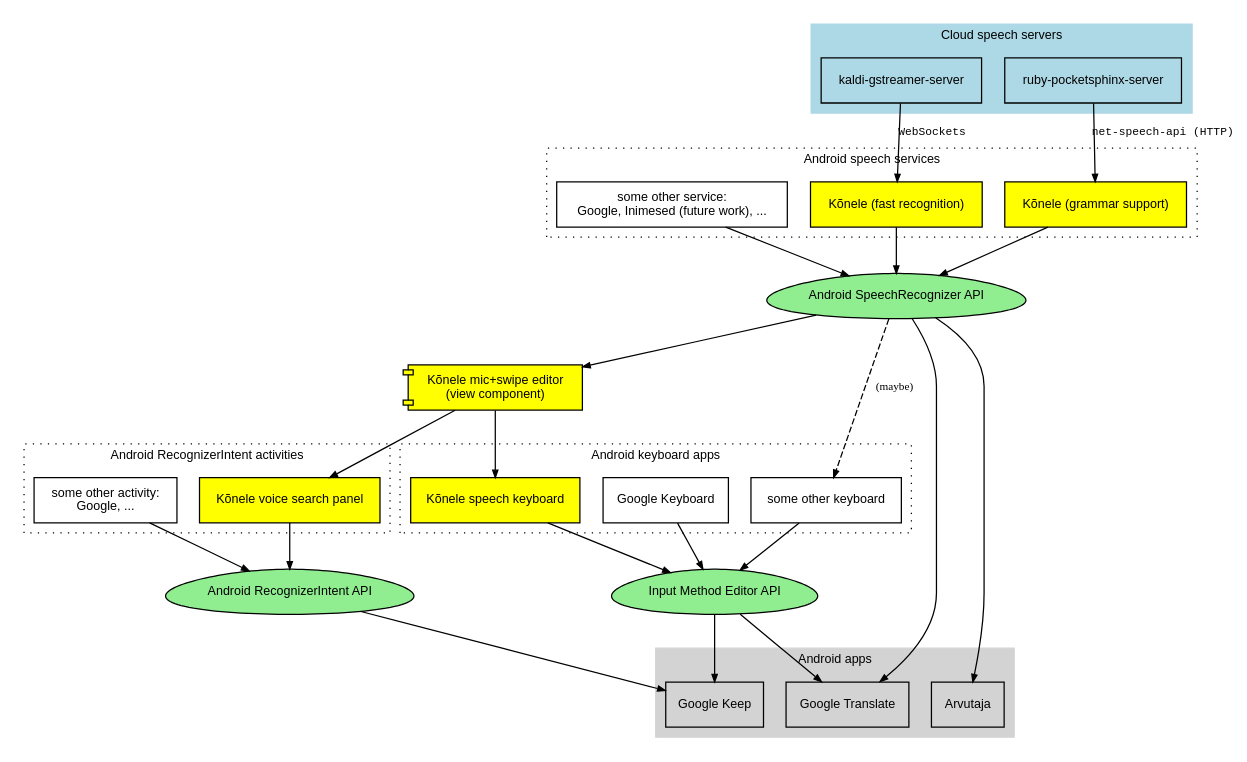
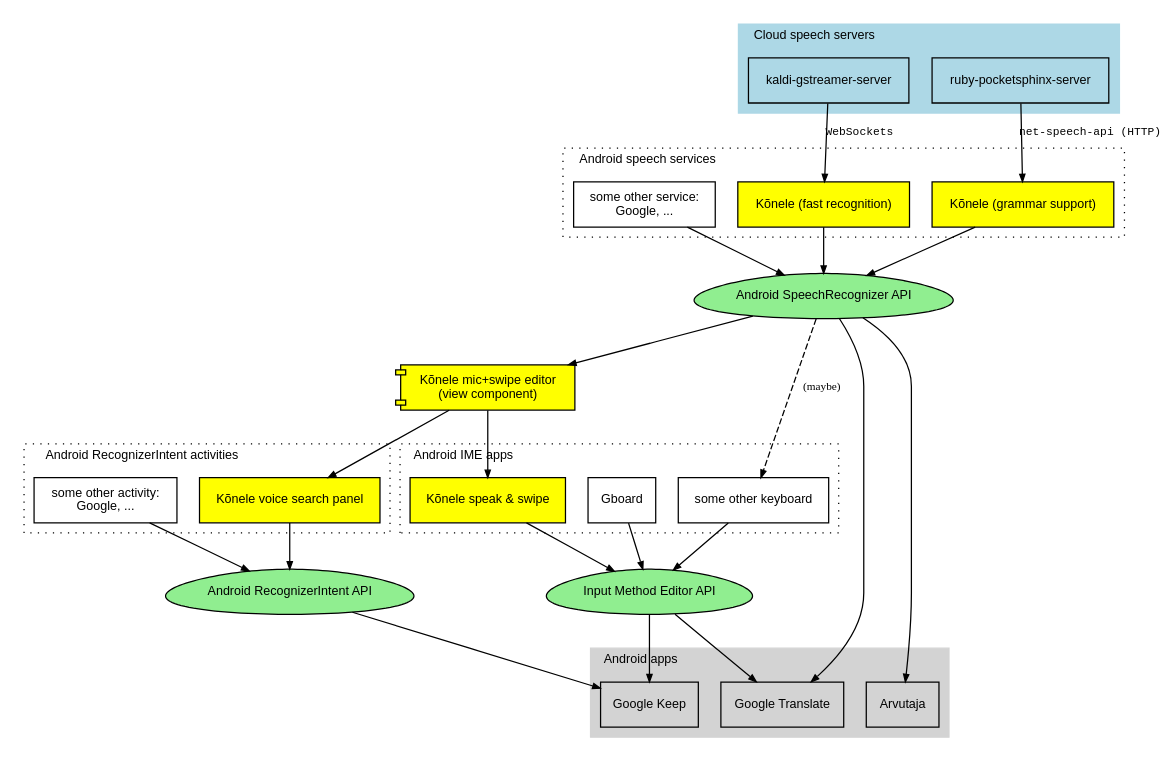
Before and after one commit to Kaljurand/K6nele: the diagram in docs/components.dot, drawn with Graphviz. The commit also changed 1 other file, not shown here.

Commit message:
Update product names in the components diagram

```diff
--- a/docs/components.dot
+++ b/docs/components.dot
@@ -1,84 +1,86 @@
 /**
  *
  * @author Kaarel Kaljurand
  * @version 2015-08-29
  */
 
 digraph G {
 
     graph [style="dotted", fontsize=10 fontname="Helvetica"];
     node [shape="box", fontsize=10 fontname="Helvetica"];
     edge [arrowhead="normal", arrowsize="0.6"];
+    labeljust = "l";
 
     "Kõnele View" [label="Kõnele mic+swipe editor\n(view component)", shape="component", style="filled", fillcolor="yellow"];
 
     subgraph cluster_0 {
         label = "Cloud speech servers";
         style = "filled";
         color = "lightblue";
         "kaldi" [label="kaldi-gstreamer-server"];
         "pocketsphinx" [label="ruby-pocketsphinx-server"];
     }
 
     // Services record audio, send it to the server, and make the transcription
     // available via standard Android APIs.
     // One can configure the server addresses and audio recording parameters
     // (e.g. sample rate, duration, silence detection).
     subgraph cluster_1 {
         label = "Android speech services";
-        "other_service" [label="some other service:\nGoogle, Inimesed (future work), ..."];
+        "other_service" [label="some other service:\nGoogle, ..."];
         "Kõnele fast" [label="Kõnele (fast recognition)", style="filled", fillcolor="yellow"];
         "Kõnele grammar" [label="Kõnele (grammar support)", style="filled", fillcolor="yellow"];
     }
 
     // Android speech and text input APIs
     "Android SpeechRecognizer" [label="Android SpeechRecognizer API", shape="egg", style="filled", fillcolor="lightgreen"];
     "Android RecognizerIntent" [label="Android RecognizerIntent API", shape="egg", style="filled", fillcolor="lightgreen"];
     "IME" [label="Input Method Editor API", shape="egg", style="filled", fillcolor="lightgreen"];
 
     subgraph cluster_2 {
         label = "Android RecognizerIntent activities";
         "other_activity" [label="some other activity:\nGoogle, ..."];
         "panel" [label="Kõnele voice search panel", style="filled", fillcolor="yellow"];
     }
 
     subgraph cluster_3 {
-        label = "Android keyboard apps";
-        "Kõnele IME" [label="Kõnele speech keyboard", style="filled", fillcolor="yellow"];
-        "Google Keyboard" [label="Google Keyboard"];
+        label = "Android IME apps";
+        "Kõnele IME" [label="Kõnele speak & swipe", style="filled", fillcolor="yellow"];
+        "Gboard" [label="Gboard"];
         "other_ime" [label="some other keyboard"];
     }
 
     subgraph cluster_4 {
         label = "Android apps";
         style = "filled";
         color = "lightgrey";
         "Google Keep";
         "Google Translate";
         "Arvutaja";
     }
 
     "kaldi" -> "Kõnele fast" [label="WebSockets", fontsize=9, fontname="monospace"];
     "pocketsphinx" -> "Kõnele grammar" [label="net-speech-api (HTTP)", fontsize=9, fontname="monospace"];
 
     // Services that implement Android SpeechRecognizer
     "Kõnele fast" -> "Android SpeechRecognizer" ;
     "Kõnele grammar" -> "Android SpeechRecognizer" ;
     "other_service" -> "Android SpeechRecognizer" ;
 
     "panel" -> "Android RecognizerIntent" ;
     "other_activity" -> "Android RecognizerIntent" ;
 
+    // "other_service" -> "Gboard" ;
     "Android SpeechRecognizer" -> "Kõnele View" ;
     "Kõnele View" -> "Kõnele IME" ;
     "Kõnele View" -> "panel" ;
     "Android SpeechRecognizer" -> "Arvutaja" ;
     "Android SpeechRecognizer" -> "other_ime" [label="(maybe)", style="dashed", fontsize=9, fontname="Verdana"];
     "Android RecognizerIntent" -> "Google Keep" ;
     "Android SpeechRecognizer" -> "Google Translate" ;
-    "Google Keyboard" -> "IME";
+    "Gboard" -> "IME";
     "Kõnele IME" -> "IME";
     "other_ime" -> "IME";
     "IME" ->"Google Keep";
     "IME" -> "Google Translate";
 }
```
